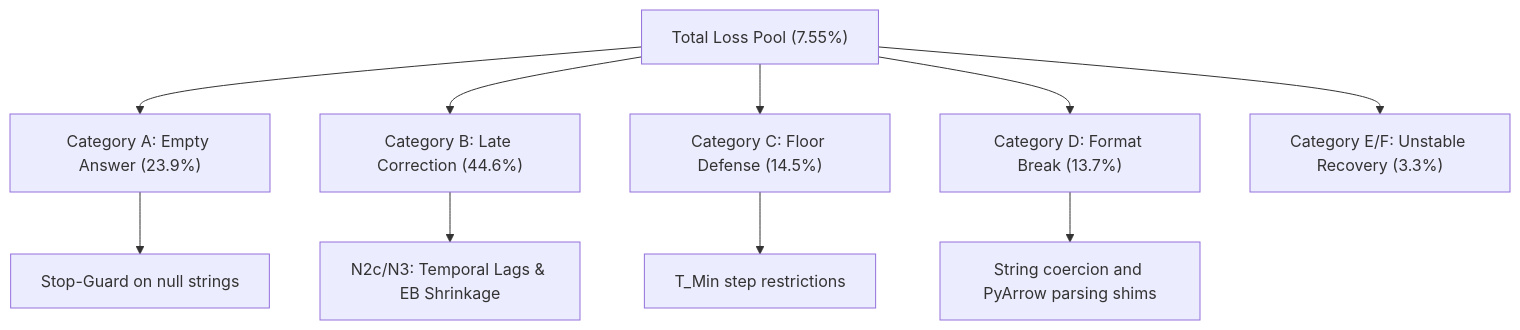
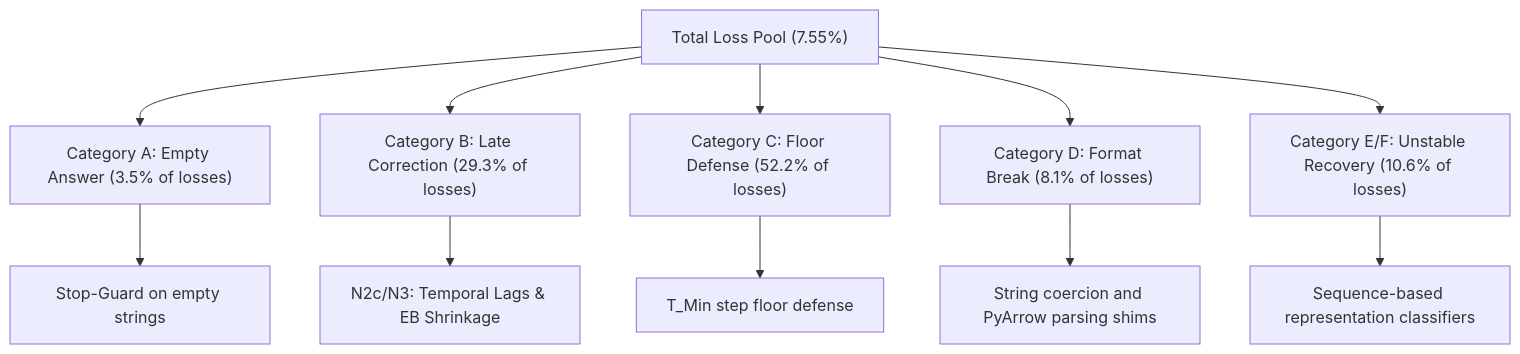
Before and after one commit to bhattadiCS/research-thesis-overthinking-boundary: the diagram in ThesisDocs/Scientific_Methodology_and_Experimental_Report.md, drawn with Mermaid. The commit also changed other lines of this file and 1 other file, not shown here.

````diff
--- a/ThesisDocs/Scientific_Methodology_and_Experimental_Report.md
+++ b/ThesisDocs/Scientific_Methodology_and_Experimental_Report.md
@@ -49,13 +229,14 @@
 ```mermaid
 graph TD
-    Loss["Total Loss Pool (7.55%)"] --> A["Category A: Empty Answer (23.9%)"]
-    Loss --> B["Category B: Late Correction (44.6%)"]
-    Loss --> C["Category C: Floor Defense (14.5%)"]
-    Loss --> D["Category D: Format Break (13.7%)"]
-    Loss --> E["Category E/F: Unstable Recovery (3.3%)"]
+    Loss["Total Loss Pool (7.55%)"] --> A["Category A: Empty Answer (3.5% of losses)"]
+    Loss --> B["Category B: Late Correction (29.3% of losses)"]
+    Loss --> C["Category C: Floor Defense (52.2% of losses)"]
+    Loss --> D["Category D: Format Break (8.1% of losses)"]
+    Loss --> E["Category E/F: Unstable Recovery (10.6% of losses)"]
     
-    A --> A_Sol["Stop-Guard on null strings"]
+    A --> A_Sol["Stop-Guard on empty strings"]
     B --> B_Sol["N2c/N3: Temporal Lags & EB Shrinkage"]
-    C --> C_Sol["T_Min step restrictions"]
+    C --> C_Sol["T_Min step floor defense"]
     D --> D_Sol["String coercion and PyArrow parsing shims"]
+    E --> E_Sol["Sequence-based representation classifiers"]
 ```
````
